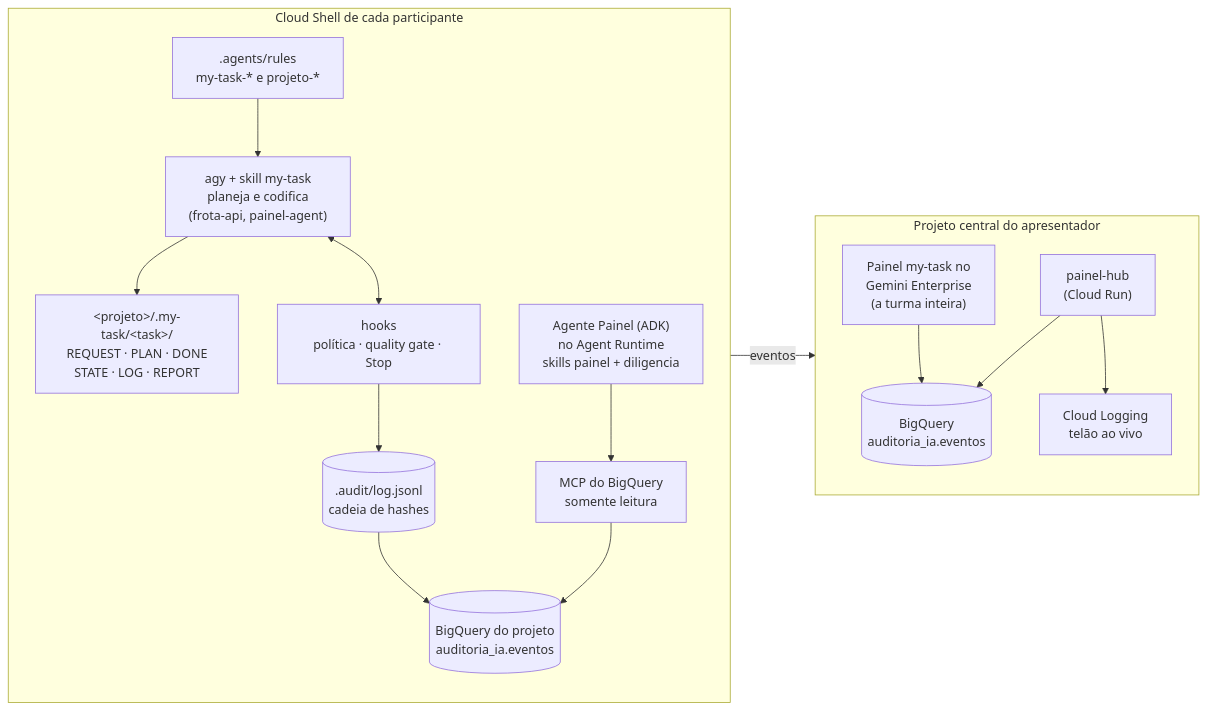
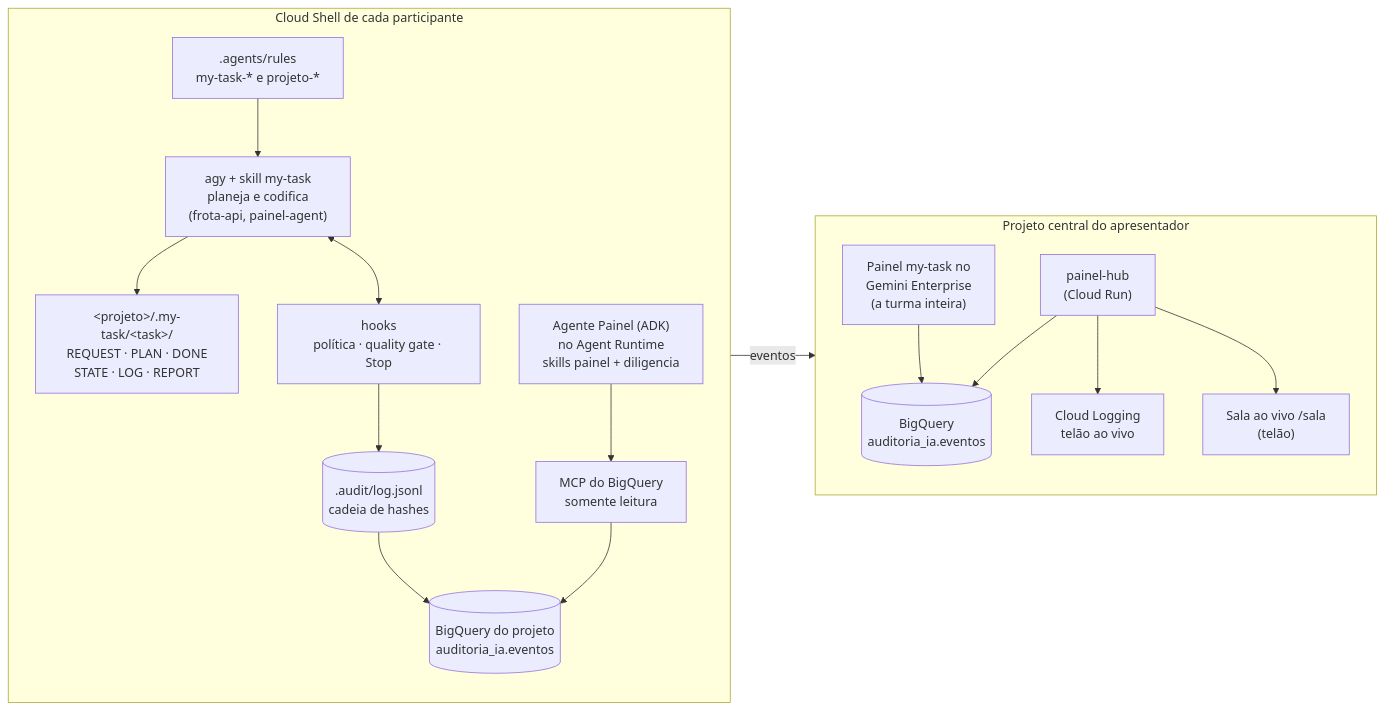
Before and after one commit to marcuspmd/workshop-agy-embraer: the first of 2 diagrams in README.md, drawn with Mermaid. The commit also changed other lines of this file and 15 other files, not shown here.

````diff
--- a/README.md
+++ b/README.md
@@ -17,35 +17,37 @@
 ```mermaid
 flowchart LR
     subgraph aluno["Cloud Shell de cada participante"]
         direction TB
         agy["agy + skill my-task<br/>planeja e codifica<br/>(frota-api, painel-agent)"]
         rules[".agents/rules<br/>my-task-* e projeto-*"]
         hooks["hooks<br/>política · quality gate · Stop"]
         task["&lt;projeto&gt;/.my-task/&lt;task&gt;/<br/>REQUEST · PLAN · DONE<br/>STATE · LOG · REPORT"]
         log[(".audit/log.jsonl<br/>cadeia de hashes")]
         bqLocal[("BigQuery do projeto<br/>auditoria_ia.eventos")]
         painel["Agente Painel (ADK)<br/>no Agent Runtime<br/>skills painel + diligencia"]
         mcp["MCP do BigQuery<br/>somente leitura"]
 
         rules --> agy
         agy --> task
         agy <--> hooks
         hooks --> log
         log --> bqLocal
         painel --> mcp --> bqLocal
     end
 
     subgraph central["Projeto central do apresentador"]
         direction TB
         hub["painel-hub<br/>(Cloud Run)"]
         bqCentral[("BigQuery<br/>auditoria_ia.eventos")]
         logging["Cloud Logging<br/>telão ao vivo"]
         gemini["Painel my-task no<br/>Gemini Enterprise<br/>(a turma inteira)"]
 
         hub --> bqCentral
         hub --> logging
+        sala["Sala ao vivo /sala<br/>(telão)"]
+        hub --> sala
         gemini --> bqCentral
     end
 
     log -- eventos --> hub
 ```
````
